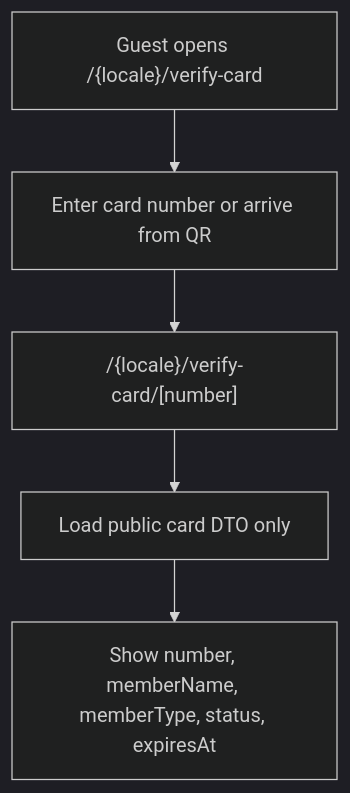
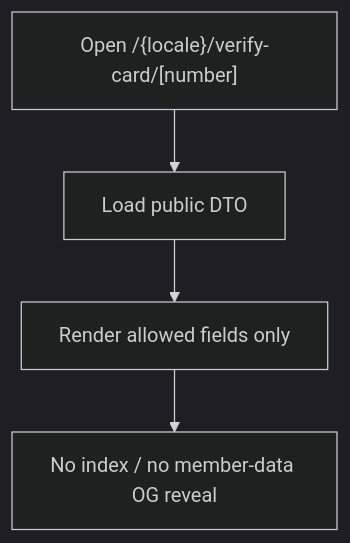
Before and after one commit to GeorgiySergeev/kylyvnyk-buisness-club: the seventh of 7 diagrams in docs/user-flows.md, drawn with Mermaid (dark theme). The commit also changed other lines of this file and 15 other files, not shown here.

````diff
--- a/docs/user-flows.md
+++ b/docs/user-flows.md
@@ -209,7 +130,6 @@
 ```mermaid
 flowchart TD
-  A["Guest opens /{locale}/verify-card"] --> B["Enter card number or arrive from QR"]
-  B --> C["/{locale}/verify-card/[number]"]
-  C --> D["Load public card DTO only"]
-  D --> E["Show number, memberName, memberType, status, expiresAt"]
+  A["Open /{locale}/verify-card/[number]"] --> B["Load public DTO"]
+  B --> C["Render allowed fields only"]
+  C --> D["No index / no member-data OG reveal"]
 ```
````
